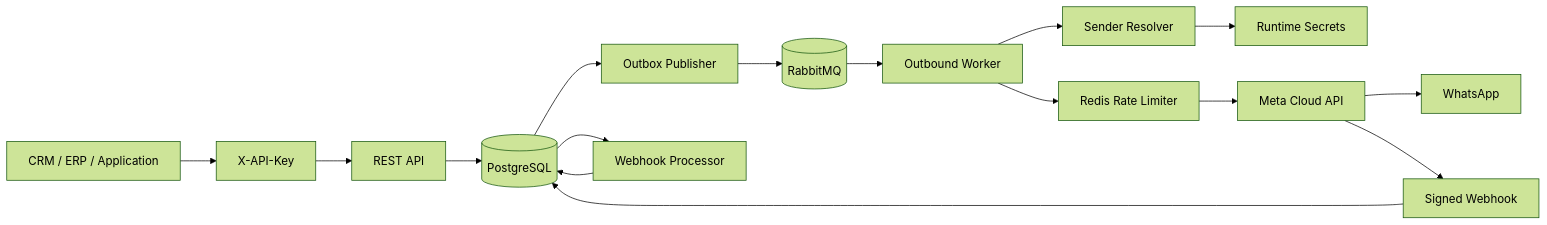
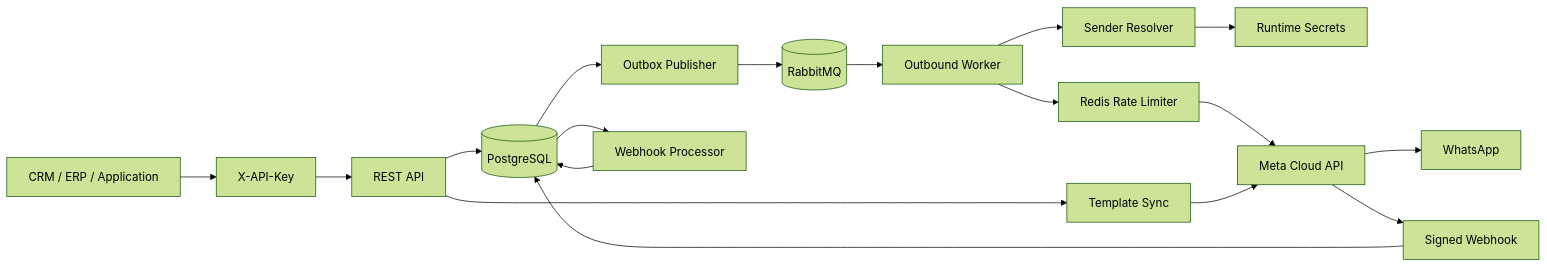
The diagram in README.md (netctc/apiWhatsApp), drawn with Mermaid (forest theme) before and after one commit. The commit also changed other lines of this file, not shown here.

Commit message:
docs: document template lifecycle release

````diff
--- a/README.md
+++ b/README.md
@@ -38,18 +37,20 @@
 ```mermaid
 flowchart LR
     Client[CRM / ERP / Application] --> Auth[X-API-Key]
     Auth --> API[REST API]
     API --> DB[(PostgreSQL)]
     DB --> Outbox[Outbox Publisher]
     Outbox --> MQ[(RabbitMQ)]
     MQ --> Worker[Outbound Worker]
     Worker --> Sender[Sender Resolver]
     Sender --> Secrets[Runtime Secrets]
     Worker --> Rate[Redis Rate Limiter]
     Rate --> Meta[Meta Cloud API]
     Meta --> WA[WhatsApp]
     Meta --> Webhook[Signed Webhook]
     Webhook --> DB
     DB --> Processor[Webhook Processor]
     Processor --> DB
+    API --> TemplateSync[Template Sync]
+    TemplateSync --> Meta
 ```
````
